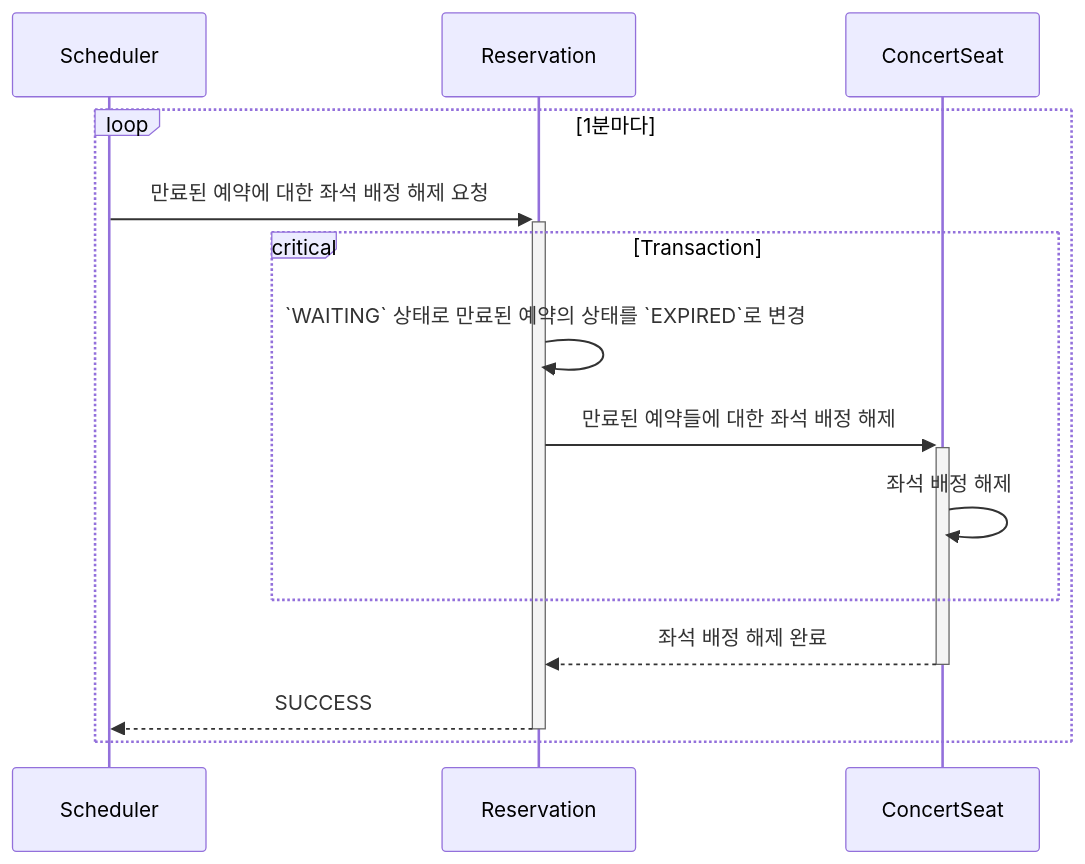
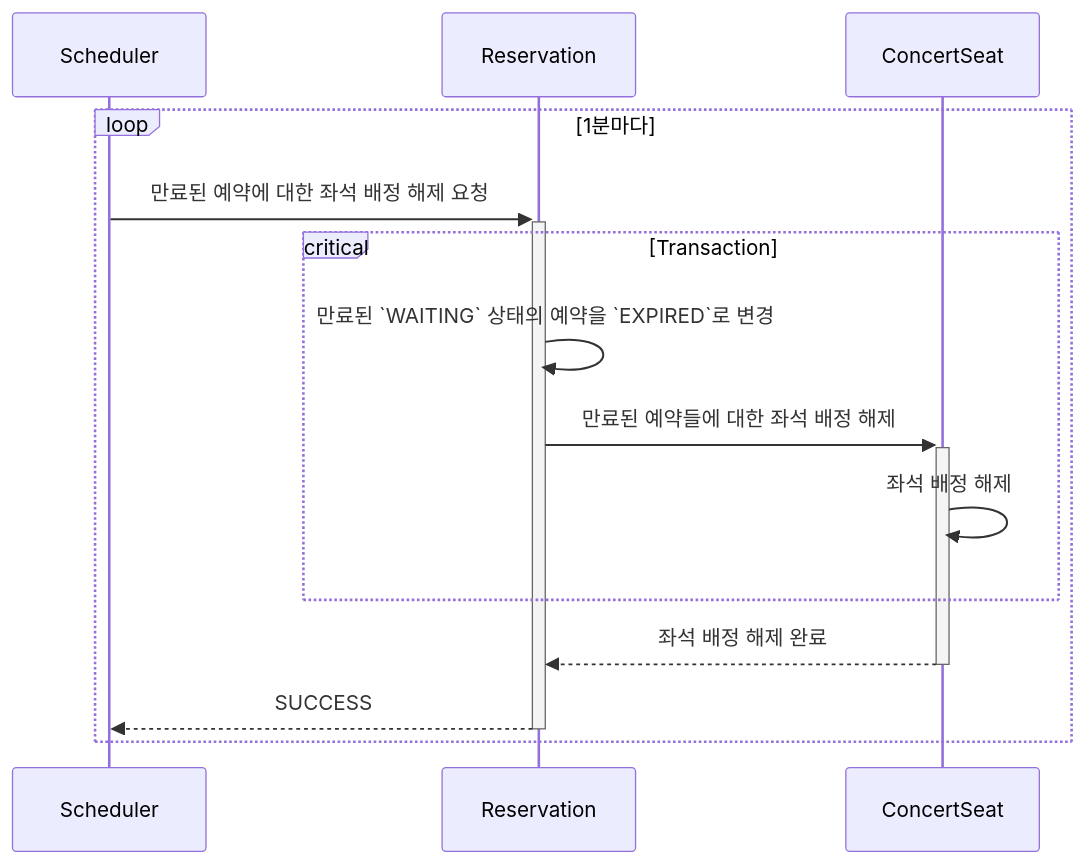
The fifth of 11 diagrams in docs/sequence_diagram.md (giwonn/hhplus-concert), drawn with Mermaid before and after one commit. The commit also changed other lines of this file and 3 other files, not shown here.

Commit message:
feat: 스키마 및 시퀀스 다이어그램 변경

````diff
--- a/docs/sequence_diagram.md
+++ b/docs/sequence_diagram.md
@@ -78,17 +93,17 @@
 ```mermaid
 sequenceDiagram
     participant Scheduler as Scheduler
     participant Reservation as Reservation
     participant ConcertSeat as ConcertSeat
 
     loop 1분마다
         Scheduler ->>+ Reservation: 만료된 예약에 대한 좌석 배정 해제 요청
         critical Transaction
-            Reservation ->> Reservation: `WAITING` 상태로 만료된 예약의 상태를 `EXPIRED`로 변경
+            Reservation ->> Reservation: 만료된 `WAITING` 상태의 예약을 `EXPIRED`로 변경
             Reservation ->>+ ConcertSeat: 만료된 예약들에 대한 좌석 배정 해제
             ConcertSeat ->> ConcertSeat: 좌석 배정 해제
         end
         ConcertSeat -->>- Reservation: 좌석 배정 해제 완료
         Reservation -->>- Scheduler: SUCCESS
     end
 ```
````
